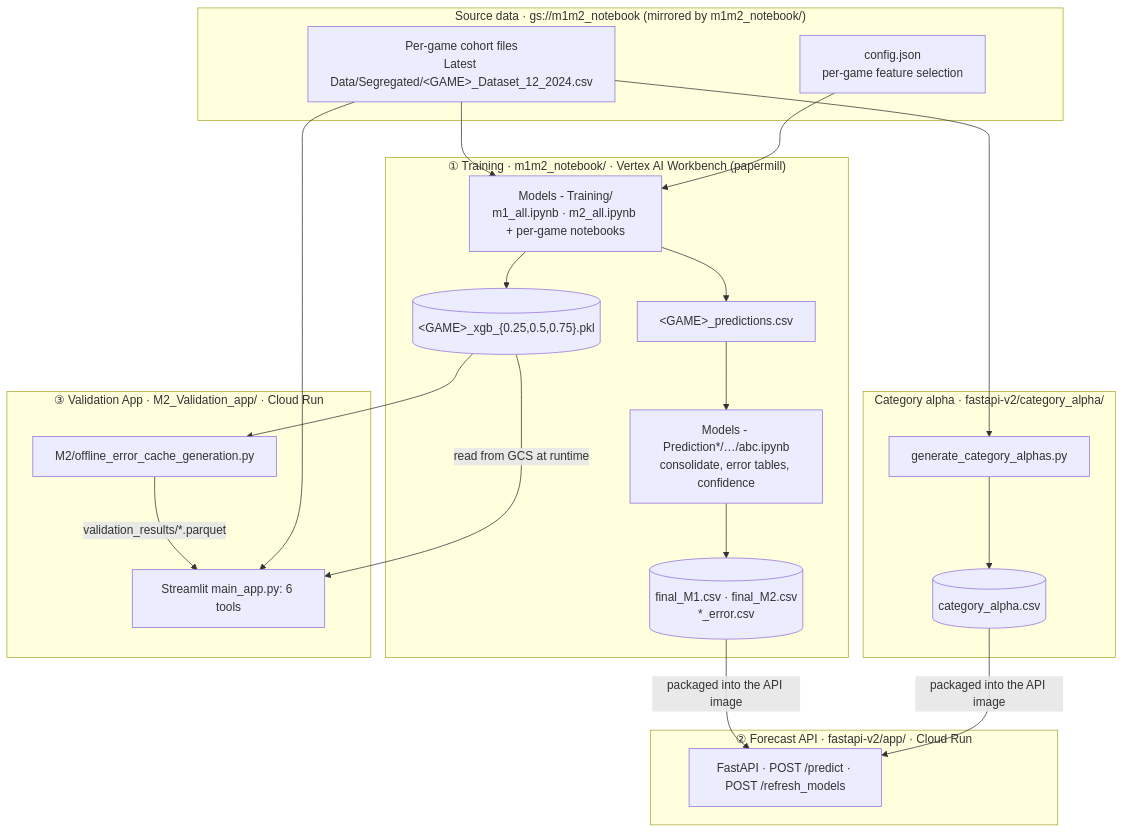
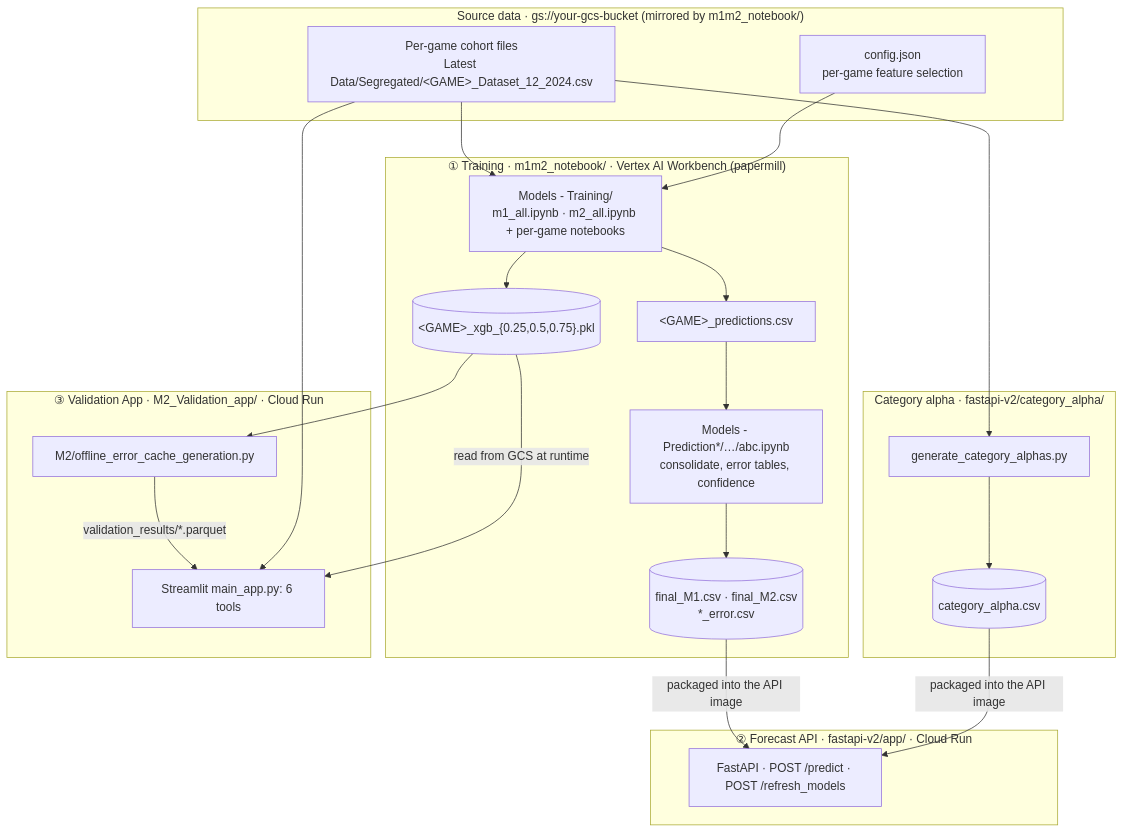
One commit to achillessaxby/ROAS_Forecasting changed the first of 2 diagrams in v1/docs/TECHNICAL_OVERVIEW.md. Above: the diagram before and after it, drawn with Mermaid. The commit also changed other lines of this file and 8 other files, not shown here.

````diff
--- a/v1/docs/TECHNICAL_OVERVIEW.md
+++ b/v1/docs/TECHNICAL_OVERVIEW.md
@@ -45,34 +45,34 @@
 ```mermaid
 flowchart TD
-    subgraph SRC["Source data · gs://m1m2_notebook (mirrored by m1m2_notebook/)"]
+    subgraph SRC["Source data · gs://your-gcs-bucket (mirrored by m1m2_notebook/)"]
         D["Per-game cohort files<br/>Latest Data/Segregated/&lt;GAME&gt;_Dataset_12_2024.csv"]
         CFG["config.json<br/>per-game feature selection"]
     end
     subgraph S1["① Training · m1m2_notebook/ · Vertex AI Workbench (papermill)"]
         T1["Models - Training/<br/>m1_all.ipynb · m2_all.ipynb + per-game notebooks"]
         MOD[("&lt;GAME&gt;_xgb_{0.25,0.5,0.75}.pkl")]
         PRED["&lt;GAME&gt;_predictions.csv"]
         T2["Models - Prediction*/…/abc.ipynb<br/>consolidate, error tables, confidence"]
         FIN[("final_M1.csv · final_M2.csv<br/>*_error.csv")]
         T1 --> MOD
         T1 --> PRED --> T2 --> FIN
     end
     subgraph S0["Category alpha · fastapi-v2/category_alpha/"]
         CA["generate_category_alphas.py"] --> CAO[("category_alpha.csv")]
     end
     subgraph S2["② Forecast API · fastapi-v2/app/ · Cloud Run"]
         API["FastAPI · POST /predict · POST /refresh_models"]
     end
     subgraph S3["③ Validation App · M2_Validation_app/ · Cloud Run"]
         UI["Streamlit main_app.py: 6 tools"]
         GEN["M2/offline_error_cache_generation.py"]
     end
     D --> T1
     CFG --> T1
     D --> CA
     FIN -- "packaged into the API image" --> API
     CAO -- "packaged into the API image" --> API
     MOD -- "read from GCS at runtime" --> UI
     MOD --> GEN -- "validation_results/*.parquet" --> UI
     D --> UI
 ```
````
